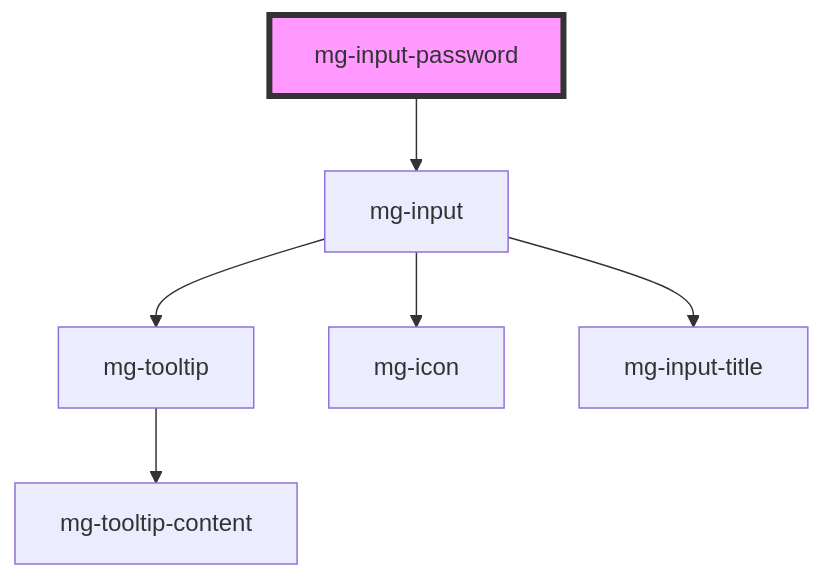
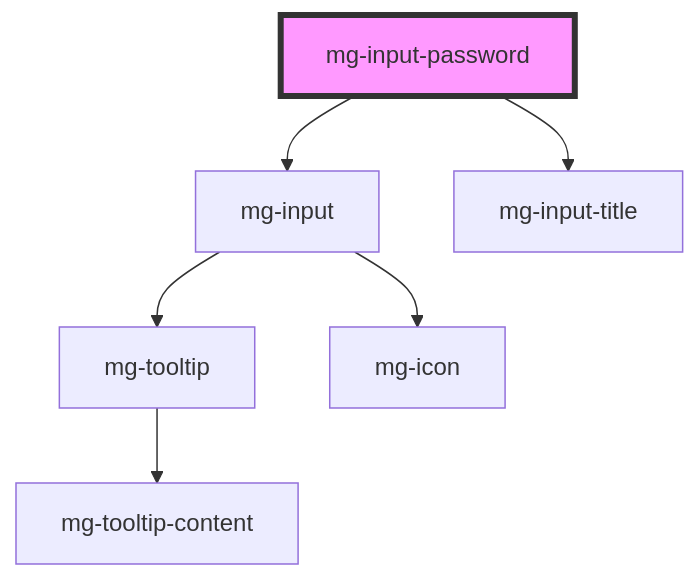
One commit to MGDIS/core-ui changed the diagram in packages/mg-components/src/components/molecules/inputs/mg-input-password/readme.md. Above: the diagram before and after it, drawn with Mermaid. The commit also changed other lines of this file and 50 other files, not shown here.

````diff
--- a/packages/mg-components/src/components/molecules/inputs/mg-input-password/readme.md
+++ b/packages/mg-components/src/components/molecules/inputs/mg-input-password/readme.md
@@ -78,9 +79,9 @@
 ```mermaid
 graph TD;
   mg-input-password --> mg-input
+  mg-input-password --> mg-input-title
   mg-input --> mg-tooltip
   mg-input --> mg-icon
-  mg-input --> mg-input-title
   mg-tooltip --> mg-tooltip-content
   style mg-input-password fill:#f9f,stroke:#333,stroke-width:4px
 ```
````
